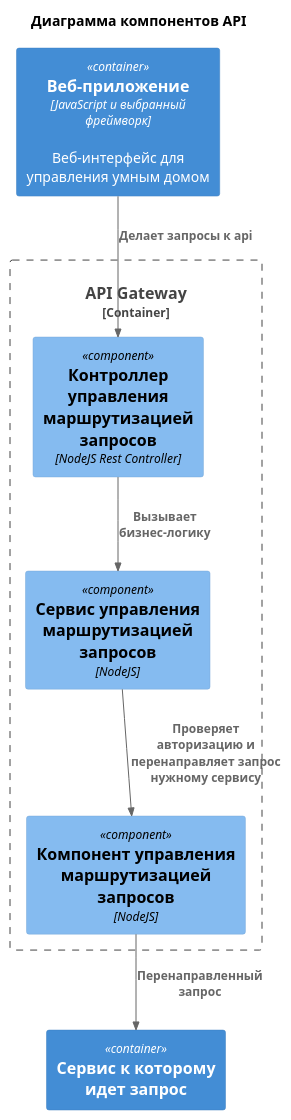
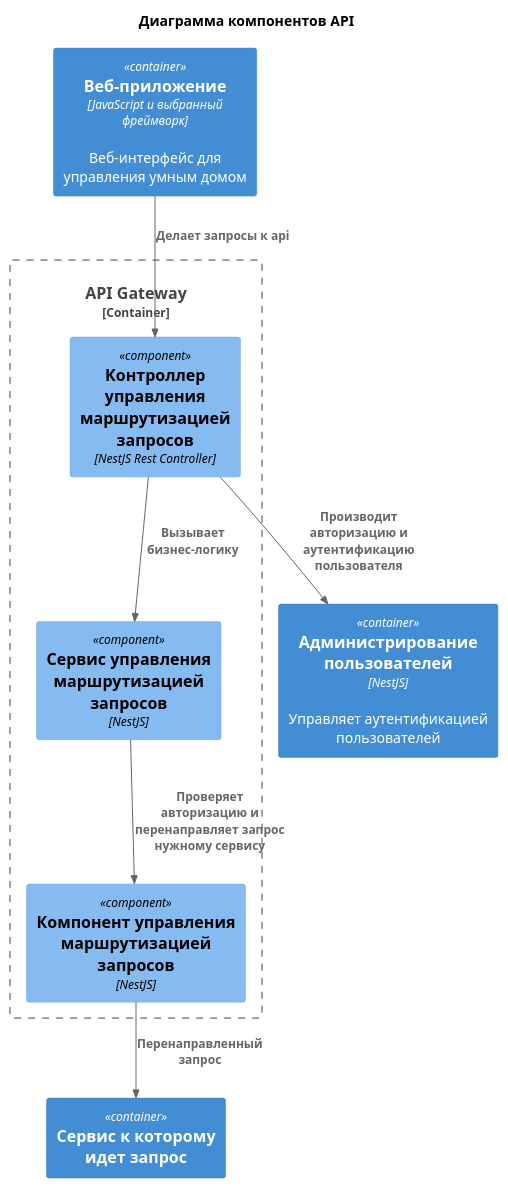
One commit to xSparKIx/architecture-pro-warmhouse changed the diagram in diagrams/components/Api.puml. Above: the diagram before and after it, drawn with PlantUML. The commit also changed 31 other files, not shown here.

```diff
--- a/diagrams/components/Api.puml
+++ b/diagrams/components/Api.puml
@@ -1,26 +1,27 @@
 @startuml API components diagram
 title Диаграмма компонентов API
 
 !include ../templates/C4_Component.puml
 
 ' Внешние сущности
 Container(WebApp, "Веб-приложение", "JavaScript и выбранный фреймворк", "Веб-интерфейс для управления умным домом")
 Container(UsedContainer, "Сервис к которому идет запрос")
-
-' @todo Сюда возможно добавить обращение к сервису авторизации для проверки пользователя
+Container(UsersContainer, "Администрирование пользователей", "NestJS", "Управляет аутентификацией пользователей")
 
 ' Контейнер API Gateway
 Container_Boundary(TelemetryContainer, "API Gateway") {
     ' Маршрутизация запросов пользователей
-    Component(RouteController, "Контроллер управления маршрутизацией запросов", "NodeJS Rest Controller")
-    Component(RouteService, "Сервис управления маршрутизацией запросов", "NodeJS")
-    Component(RouteComponent, "Компонент управления маршрутизацией запросов", "NodeJS")
+    Component(RouteController, "Контроллер управления маршрутизацией запросов", "NestJS Rest Controller")
+    Component(RouteService, "Сервис управления маршрутизацией запросов", "NestJS")
+    Component(RouteComponent, "Компонент управления маршрутизацией запросов", "NestJS")
 }
 
 ' Связи маршрутизации запросов пользователей
 Rel(WebApp, RouteController, "Делает запросы к api")
 Rel(RouteController, RouteService, "Вызывает бизнес-логику")
 Rel(RouteService, RouteComponent, "Проверяет авторизацию и перенаправляет запрос нужному сервису")
 Rel(RouteComponent, UsedContainer, "Перенаправленный запрос")
 
+Rel(RouteController, UsersContainer, "Производит авторизацию и аутентификацию пользователя")
+
 @endmul
```
